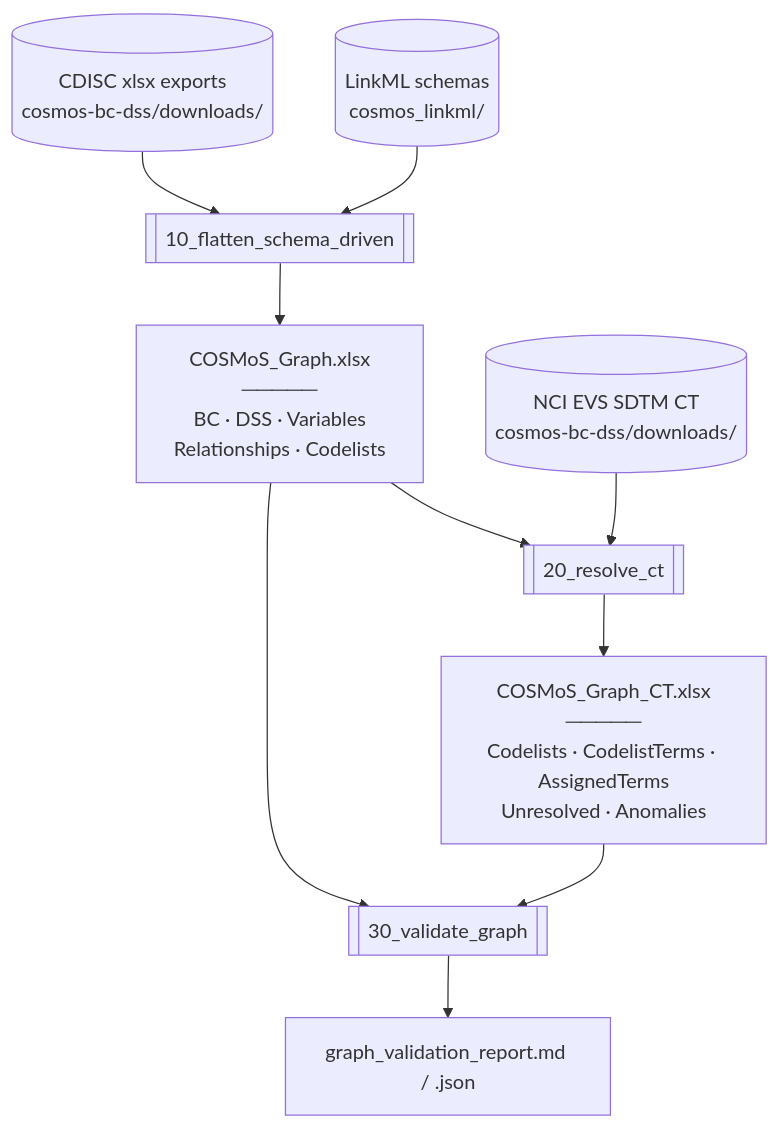
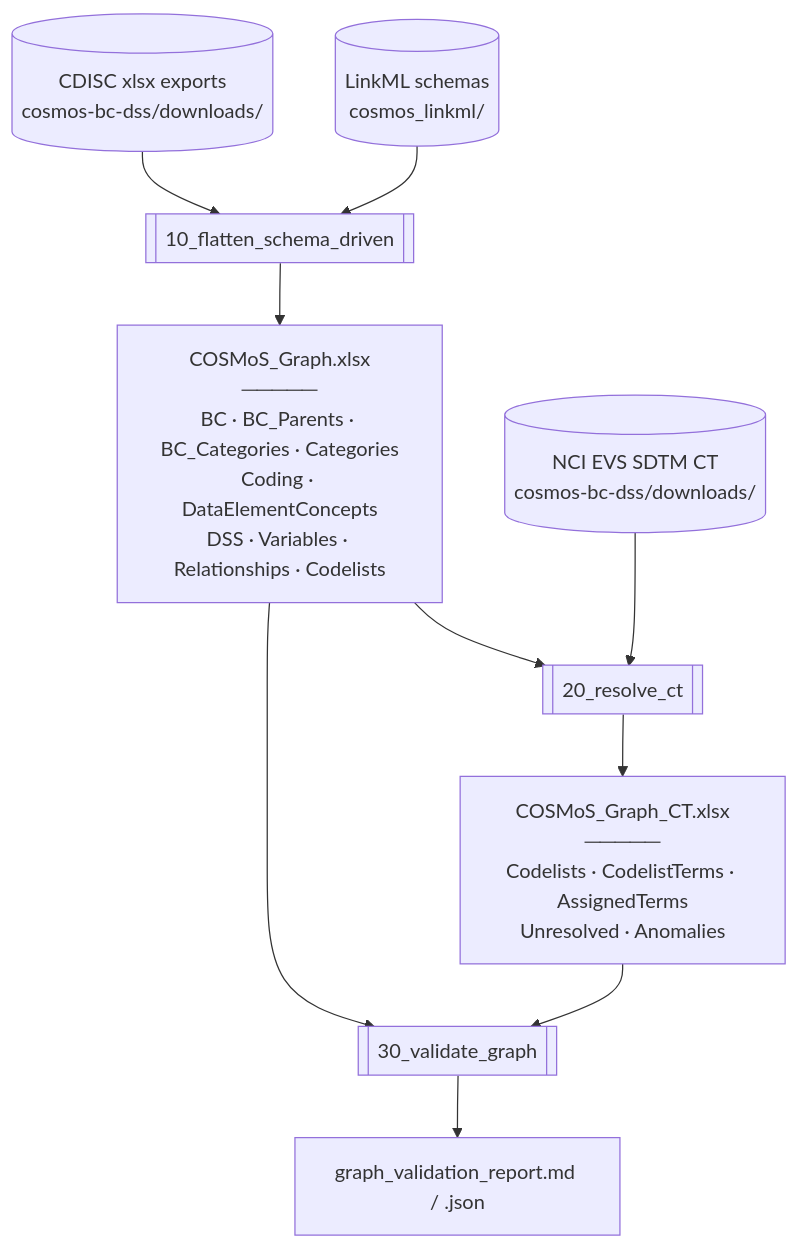
One commit to kerfors/cdisc-for-ai changed the diagram in cosmos-graph/docs/COSMoS_Graph.md. Above: the diagram before and after it, drawn with Mermaid. The commit also changed other lines of this file and 5 other files, not shown here.

Commit message:
cosmos-graph: BC-side completion (Coding, DECs, Categories, BC_Categories, BC_Parents) + docs

````diff
--- a/cosmos-graph/docs/COSMoS_Graph.md
+++ b/cosmos-graph/docs/COSMoS_Graph.md
@@ -7,24 +7,24 @@
 ```mermaid
 flowchart TD
     src1[("CDISC xlsx exports<br/>cosmos-bc-dss/downloads/")]
     src2[("LinkML schemas<br/>cosmos_linkml/")]
     src3[("NCI EVS SDTM CT<br/>cosmos-bc-dss/downloads/")]
 
     n10[[10_flatten_schema_driven]]
     n20[[20_resolve_ct]]
     n30[[30_validate_graph]]
 
-    out1["COSMoS_Graph.xlsx<br/>─────<br/>BC · DSS · Variables<br/>Relationships · Codelists"]
+    out1["COSMoS_Graph.xlsx<br/>─────<br/>BC · BC_Parents · BC_Categories · Categories<br/>Coding · DataElementConcepts<br/>DSS · Variables · Relationships · Codelists"]
     out2["COSMoS_Graph_CT.xlsx<br/>─────<br/>Codelists · CodelistTerms · AssignedTerms<br/>Unresolved · Anomalies"]
     out3[graph_validation_report.md / .json]
 
     src1 --> n10
     src2 --> n10
     n10 --> out1
     out1 --> n20
     src3 --> n20
     n20 --> out2
     out1 --> n30
     out2 --> n30
     n30 --> out3
 ```
````
